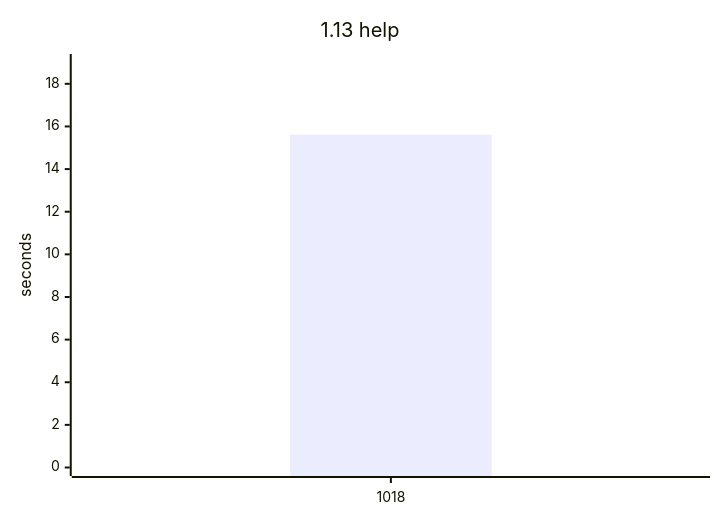
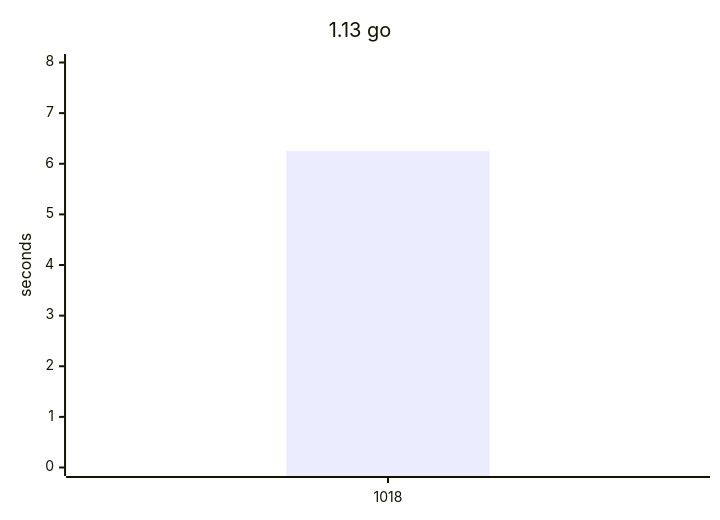
Before and after one commit to yamanori99/DistSSHKit.jl: the third of 10 diagrams in README.md, drawn with Mermaid. The commit also changed other lines of this file and 1 other file, not shown here.

````diff
--- a/README.md
+++ b/README.md
@@ -20,7 +65,7 @@
 ```mermaid
 xychart-beta
-    title "1.13 help"
+    title "1.13 go"
     x-axis ["1018"]
-    y-axis "seconds" 0 --> 19
-    bar [15.61]
+    y-axis "seconds" 0 --> 8
+    bar [6.25]
 ```
````
